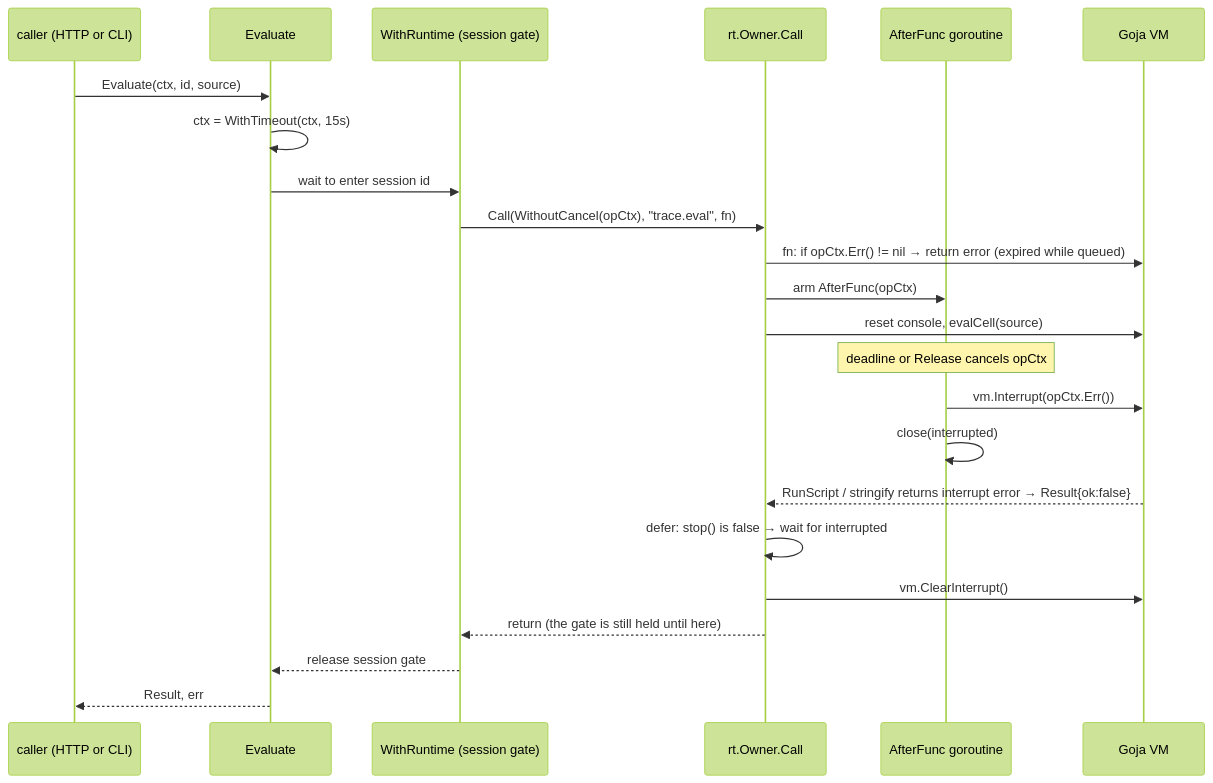
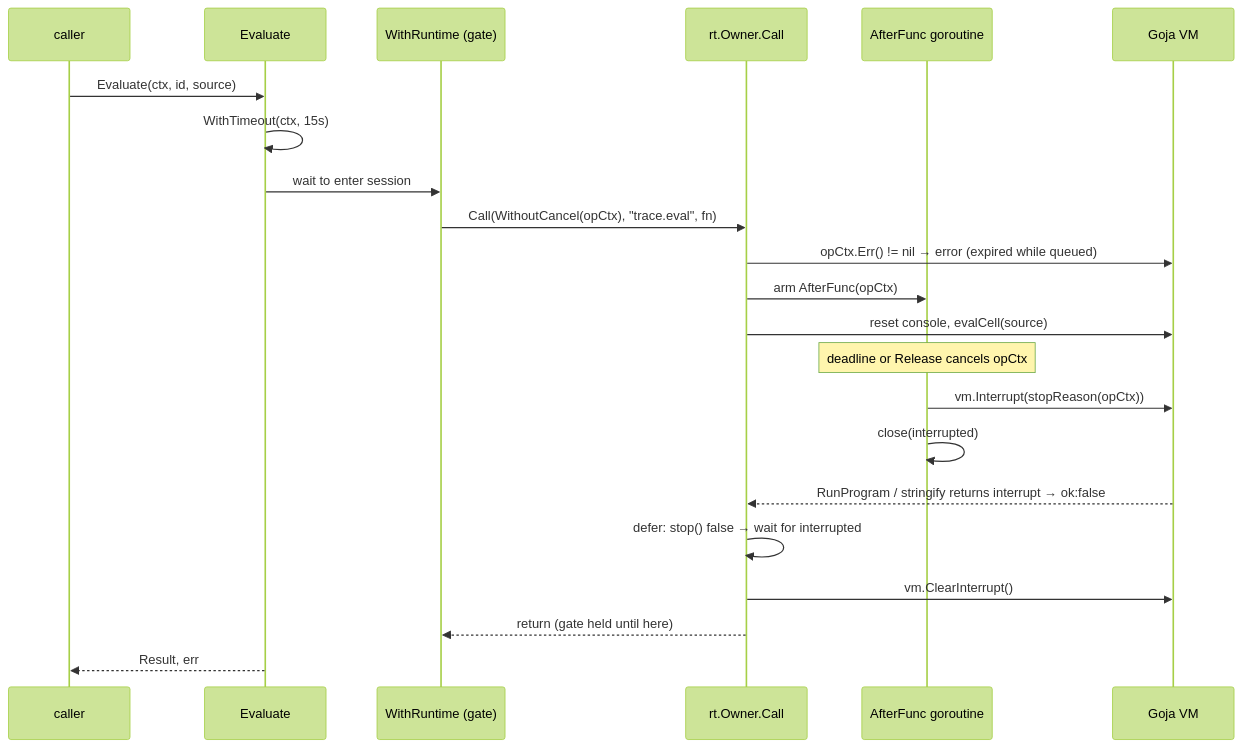
Before and after one commit to wesen/2026-10-20--ds-js-os: the second of 2 diagrams in ttmp/2026/11/21/PICOCALC-TRACE-REPL--a-persistent-compiler-evidence-repl-in-go-and-javascript/analysis/03-persistent-investigations-in-a-goja-runtime.md, drawn with Mermaid (forest theme). The commit also changed other lines of this file and 4 other files, not shown here.

````diff
--- a/ttmp/2026/11/21/PICOCALC-TRACE-REPL--a-persistent-compiler-evidence-repl-in-go-and-javascript/analysis/03-persistent-investigations-in-a-goja-runtime.md
+++ b/ttmp/2026/11/21/PICOCALC-TRACE-REPL--a-persistent-compiler-evidence-repl-in-go-and-javascript/analysis/03-persistent-investigations-in-a-goja-runtime.md
@@ -288,25 +253,24 @@
 ```mermaid
 sequenceDiagram
-  participant C as caller (HTTP or CLI)
+  participant C as caller
   participant E as Evaluate
-  participant W as WithRuntime (session gate)
+  participant W as WithRuntime (gate)
   participant O as rt.Owner.Call
   participant A as AfterFunc goroutine
   participant V as Goja VM
   C->>E: Evaluate(ctx, id, source)
-  E->>E: ctx = WithTimeout(ctx, 15s)
-  E->>W: wait to enter session id
+  E->>E: WithTimeout(ctx, 15s)
+  E->>W: wait to enter session
   W->>O: Call(WithoutCancel(opCtx), "trace.eval", fn)
-  O->>V: fn: if opCtx.Err() != nil → return error (expired while queued)
+  O->>V: opCtx.Err() != nil → error (expired while queued)
   O->>A: arm AfterFunc(opCtx)
   O->>V: reset console, evalCell(source)
   Note over A: deadline or Release cancels opCtx
-  A->>V: vm.Interrupt(opCtx.Err())
+  A->>V: vm.Interrupt(stopReason(opCtx))
   A->>A: close(interrupted)
-  V-->>O: RunScript / stringify returns interrupt error → Result{ok:false}
-  O->>O: defer: stop() is false → wait for interrupted
+  V-->>O: RunProgram / stringify returns interrupt → ok:false
+  O->>O: defer: stop() false → wait for interrupted
   O->>V: vm.ClearInterrupt()
-  O-->>W: return (the gate is still held until here)
-  W-->>E: release session gate
+  O-->>W: return (gate held until here)
   E-->>C: Result, err
 ```
````
